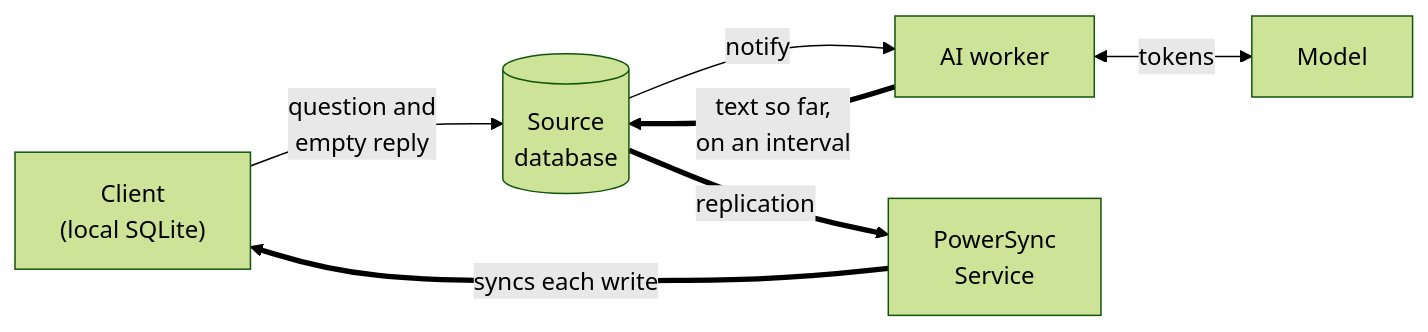
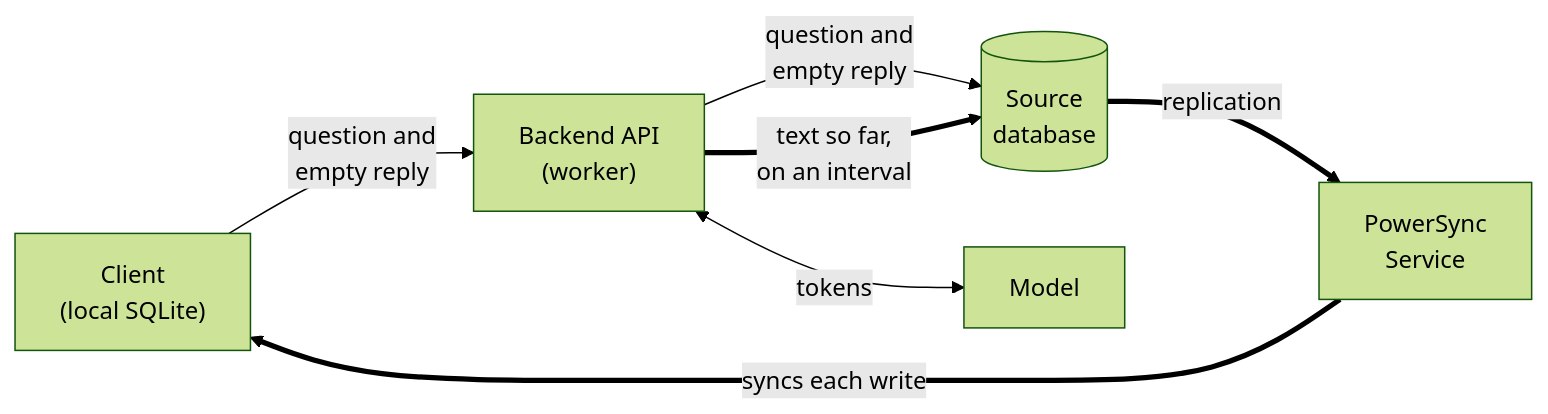
The first of 2 diagrams in client-sdks/advanced/ai-chat-streaming.mdx (powersync-ja/powersync-docs), drawn with Mermaid (forest theme) before and after one commit. The commit also changed other lines of this file and 1 other file, not shown here.

Commit message:
Update the AI chat streaming guide for the demo's new backend API

````diff
--- a/client-sdks/advanced/ai-chat-streaming.mdx
+++ b/client-sdks/advanced/ai-chat-streaming.mdx
@@ -91,9 +95,9 @@
 ```mermaid
 flowchart LR
-  client["Client<br/>(local SQLite)"] -->|"question and<br/>empty reply"| db[("Source<br/>database")]
-  db -->|notify| worker["AI worker"]
+  client["Client<br/>(local SQLite)"] -->|"question and<br/>empty reply"| worker["Backend API<br/>(worker)"]
+  worker -->|"question and<br/>empty reply"| db[("Source<br/>database")]
   worker <-->|tokens| model["Model"]
   worker ==>|"text so far,<br/>on an interval"| db
   db ==>|replication| service["PowerSync<br/>Service"]
   service ==>|"syncs each write"| client
 ```
````
